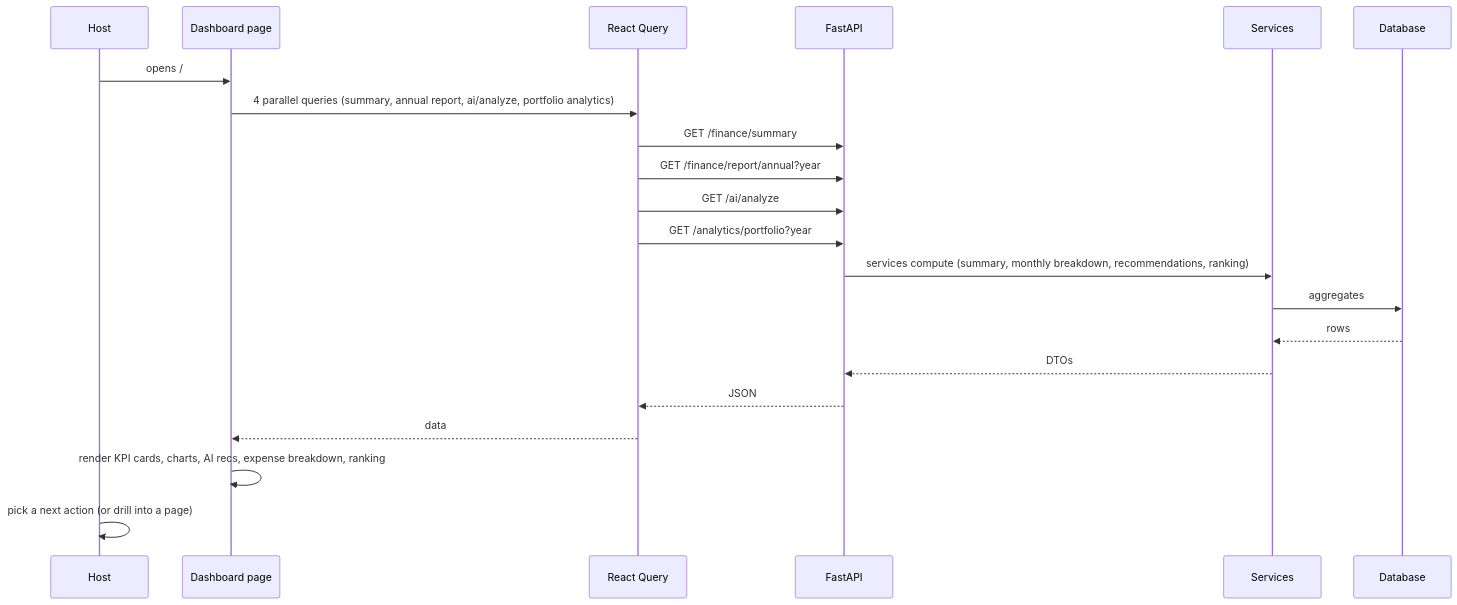
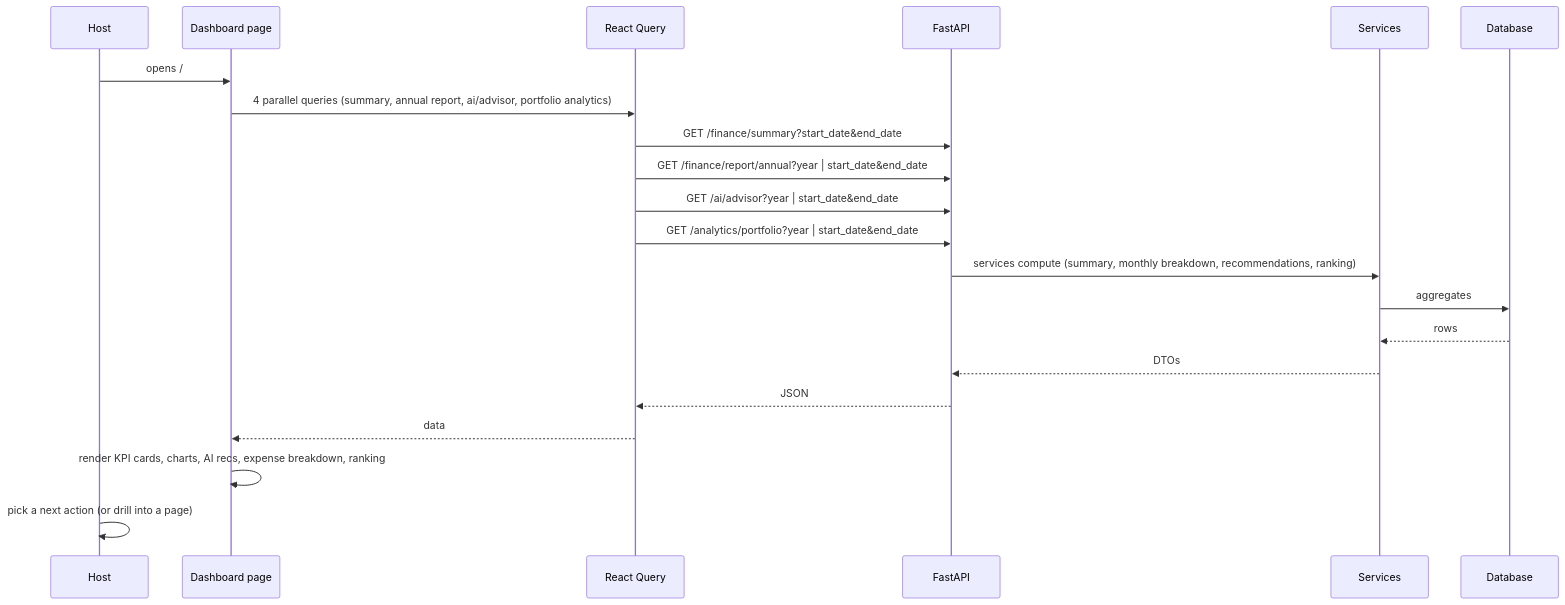
One commit to mahmoud-ath/HostWise changed the diagram in docs/dashboard-audit.md. Above: the diagram before and after it, drawn with Mermaid. The commit also changed other lines of this file and 43 other files, not shown here.

````diff
--- a/docs/dashboard-audit.md
+++ b/docs/dashboard-audit.md
@@ -31,24 +34,24 @@
 ```mermaid
 sequenceDiagram
     participant U as Host
     participant D as Dashboard page
     participant Q as React Query
     participant API as FastAPI
     participant S as Services
     participant DB as Database
 
     U->>D: opens /
-    D->>Q: 4 parallel queries (summary, annual report, ai/analyze, portfolio analytics)
-    Q->>API: GET /finance/summary
-    Q->>API: GET /finance/report/annual?year
-    Q->>API: GET /ai/analyze
-    Q->>API: GET /analytics/portfolio?year
+    D->>Q: 4 parallel queries (summary, annual report, ai/advisor, portfolio analytics)
+    Q->>API: GET /finance/summary?start_date&end_date
+    Q->>API: GET /finance/report/annual?year | start_date&end_date
+    Q->>API: GET /ai/advisor?year | start_date&end_date
+    Q->>API: GET /analytics/portfolio?year | start_date&end_date
     API->>S: services compute (summary, monthly breakdown, recommendations, ranking)
     S->>DB: aggregates
     DB-->>S: rows
     S-->>API: DTOs
     API-->>Q: JSON
     Q-->>D: data
     D->>D: render KPI cards, charts, AI recs, expense breakdown, ranking
     U->>U: pick a next action (or drill into a page)
 ```
````
